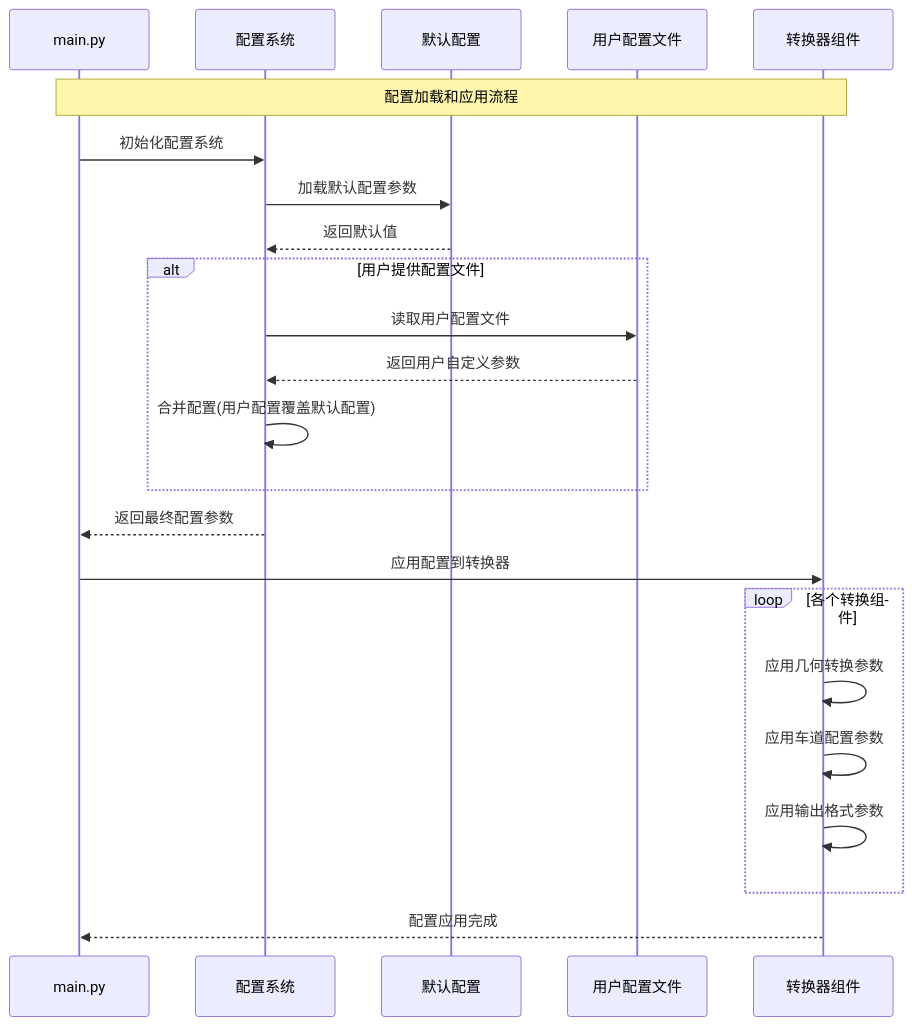
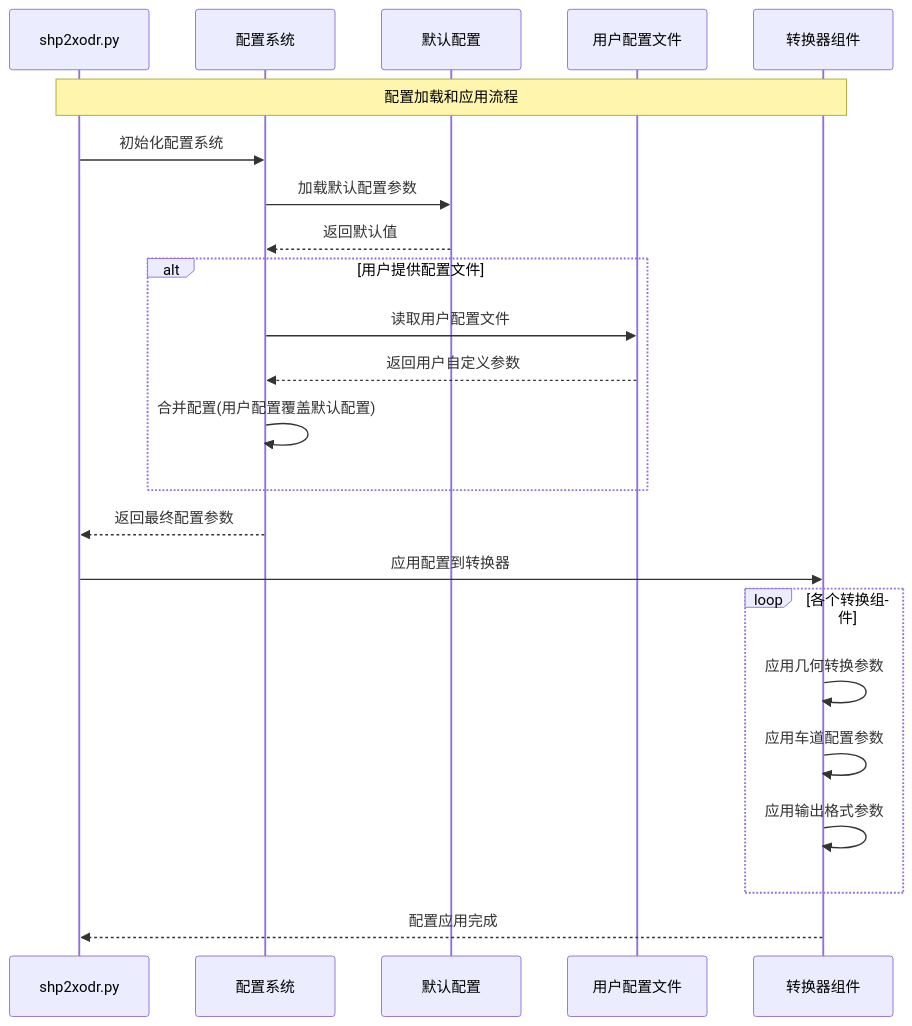
Before and after one commit to europewang/ShpToOpenDrive: the eighth of 8 diagrams in docs/sequence_diagram.md, drawn with Mermaid. The commit also changed 18 other files, not shown here.

Commit message:
v1.3.0 shp2xodr2obj+web

````diff
--- a/docs/sequence_diagram.md
+++ b/docs/sequence_diagram.md
@@ -426,32 +426,32 @@
 ```mermaid
 sequenceDiagram
-    participant Main as main.py
+    participant Main as shp2xodr.py
     participant Config as 配置系统
     participant DefaultConfig as 默认配置
     participant UserConfig as 用户配置文件
     participant Converter as 转换器组件
 
     Note over Main,Converter: 配置加载和应用流程
     
     Main->>Config: 初始化配置系统
     Config->>DefaultConfig: 加载默认配置参数
     DefaultConfig-->>Config: 返回默认值
     
     alt 用户提供配置文件
         Config->>UserConfig: 读取用户配置文件
         UserConfig-->>Config: 返回用户自定义参数
         Config->>Config: 合并配置(用户配置覆盖默认配置)
     end
     
     Config-->>Main: 返回最终配置参数
     
     Main->>Converter: 应用配置到转换器
     
     loop 各个转换组件
         Converter->>Converter: 应用几何转换参数
         Converter->>Converter: 应用车道配置参数
         Converter->>Converter: 应用输出格式参数
     end
     
     Converter-->>Main: 配置应用完成
 ```
````
